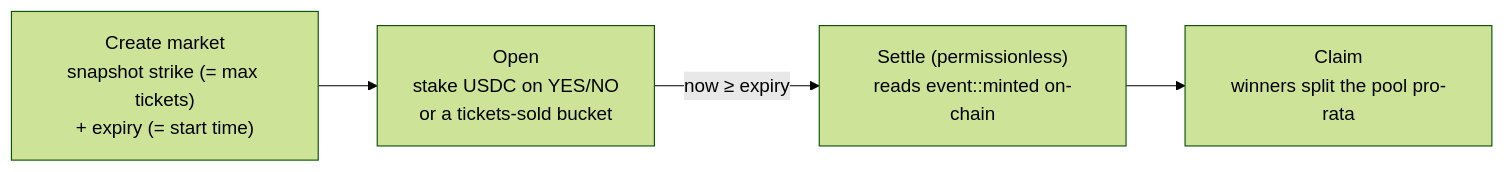
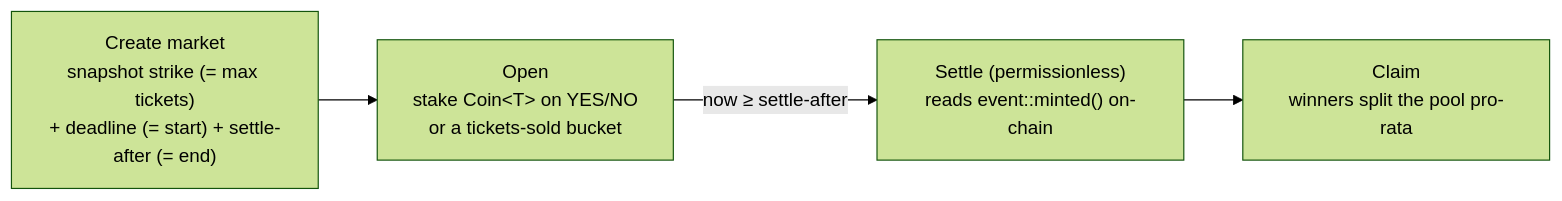
One commit to hostit-events/hostit-sui changed the fourth of 5 diagrams in README.md. Above: the diagram before and after it, drawn with Mermaid (forest theme). The commit also changed other lines of this file, not shown here.

````diff
--- a/README.md
+++ b/README.md
@@ -127,6 +206,6 @@
 ```mermaid
 graph LR
-  C["Create market<br/>snapshot strike (= max tickets)<br/>+ expiry (= start time)"] --> O["Open<br/>stake USDC on YES/NO<br/>or a tickets-sold bucket"]
-  O -->|now ≥ expiry| St["Settle (permissionless)<br/>reads event::minted on-chain"]
+  C["Create market<br/>snapshot strike (= max tickets)<br/>+ deadline (= start) + settle-after (= end)"] --> O["Open<br/>stake Coin&lt;T&gt; on YES/NO<br/>or a tickets-sold bucket"]
+  O -->|now ≥ settle-after| St["Settle (permissionless)<br/>reads event::minted() on-chain"]
   St --> Cl["Claim<br/>winners split the pool pro-rata"]
 ```
````
